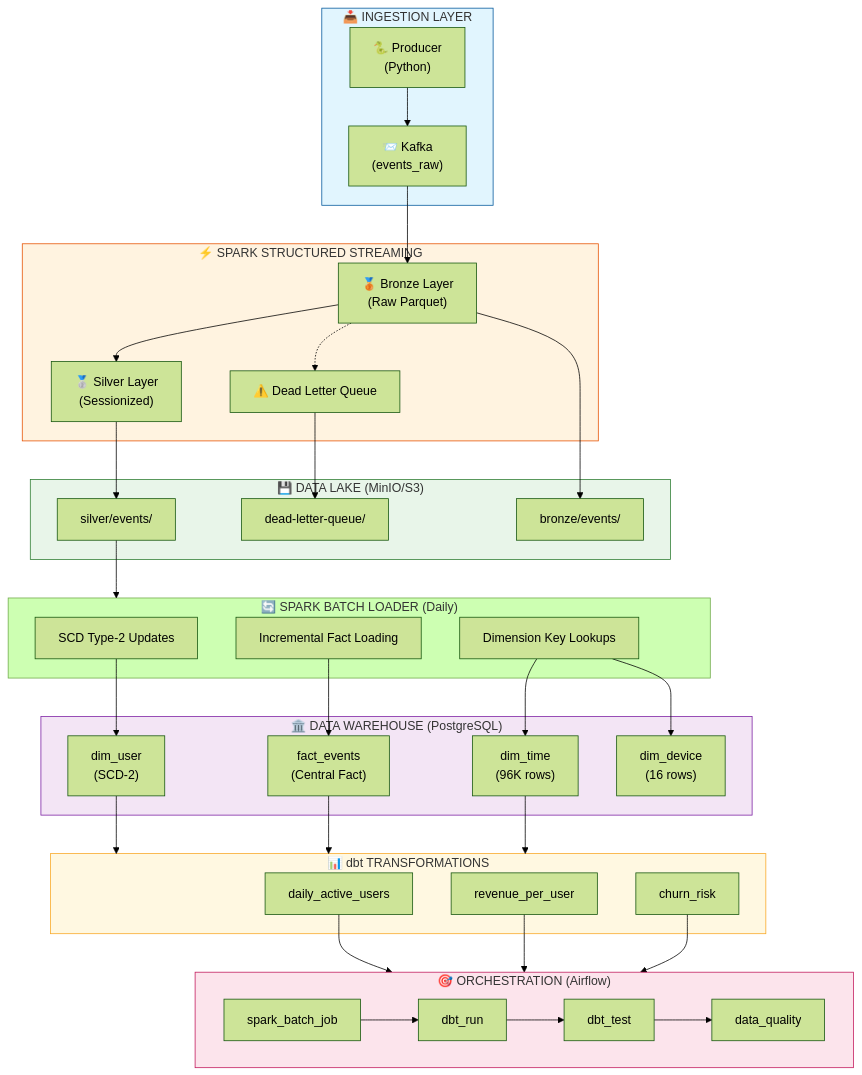
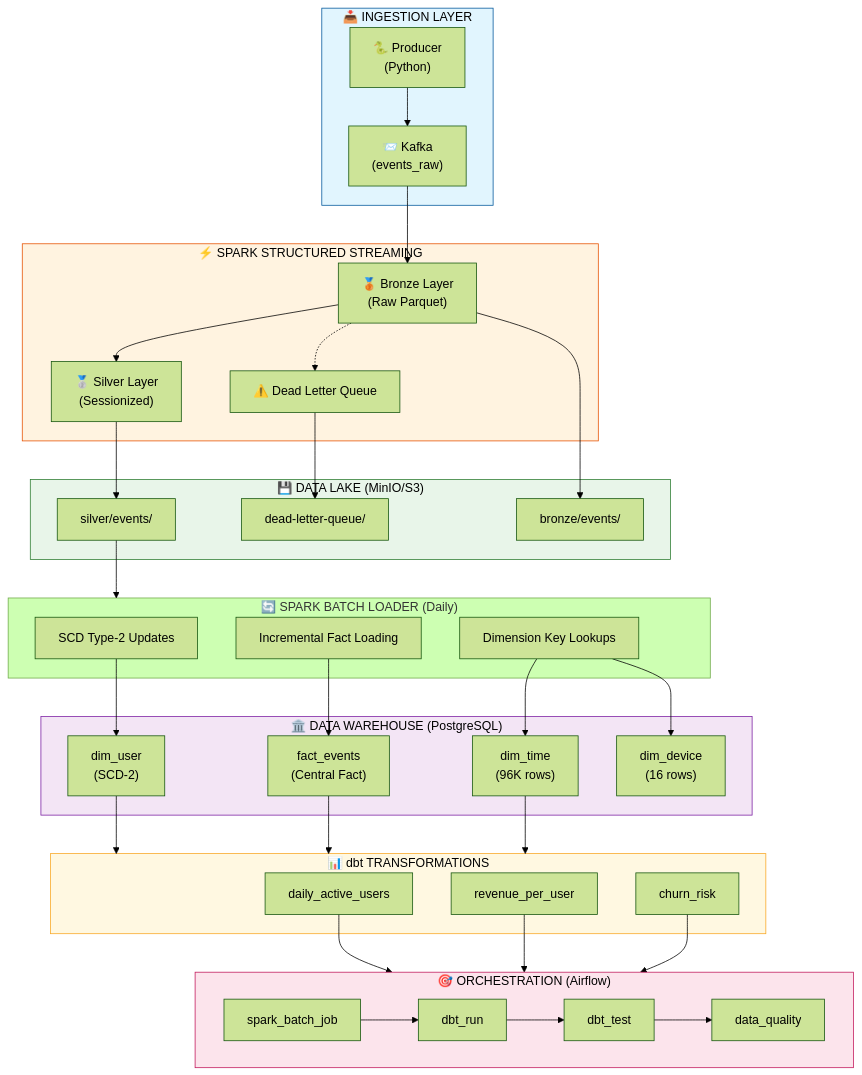
The diagram in README.md (OnlyAhad13/Real-Time-Event-Driven-Analytics-Platform), drawn with Mermaid (forest theme) before and after one commit.

```diff
--- a/README.md
+++ b/README.md
@@ -98,12 +98,12 @@
     Churn --> AIRFLOW
 
     %% Styling
-    classDef ingestion fill:#e1f5fe,stroke:#01579b
-    classDef streaming fill:#fff3e0,stroke:#e65100
-    classDef storage fill:#e8f5e9,stroke:#2e7d32
-    classDef warehouse fill:#f3e5f5,stroke:#7b1fa2
-    classDef transform fill:#fff8e1,stroke:#f9a825
-    classDef orchestration fill:#fce4ec,stroke:#c2185b
+    classDef ingestion fill:#e1f5fe,stroke:#01579b,color:#000
+    classDef streaming fill:#fff3e0,stroke:#e65100,color:#000
+    classDef storage fill:#e8f5e9,stroke:#2e7d32,color:#000
+    classDef warehouse fill:#f3e5f5,stroke:#7b1fa2,color:#000
+    classDef transform fill:#fff8e1,stroke:#f9a825,color:#000
+    classDef orchestration fill:#fce4ec,stroke:#c2185b,color:#000
 
     class INGESTION ingestion
     class STREAMING streaming
```
